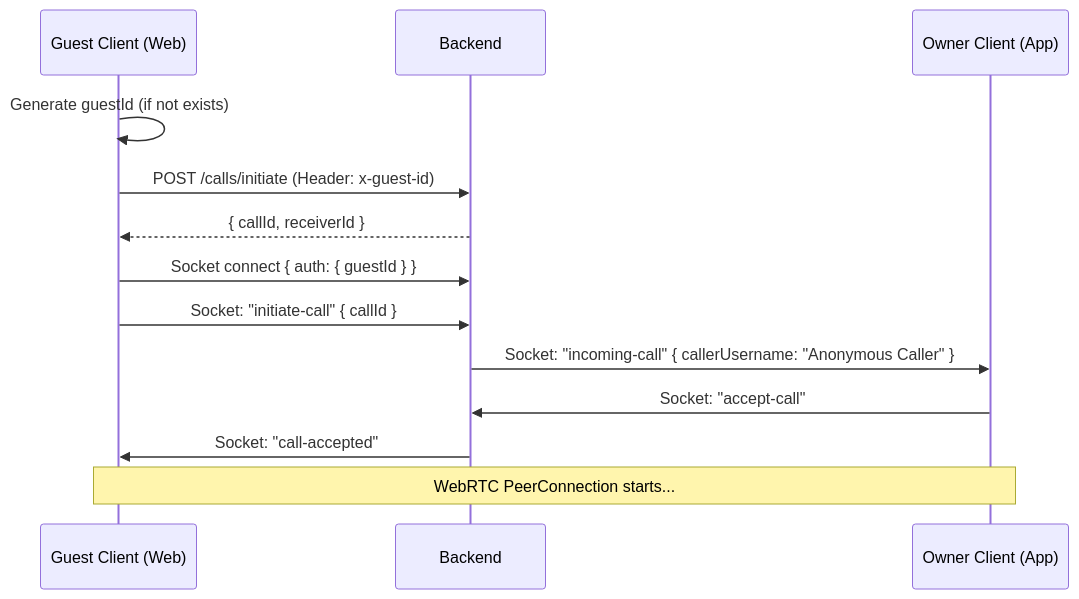
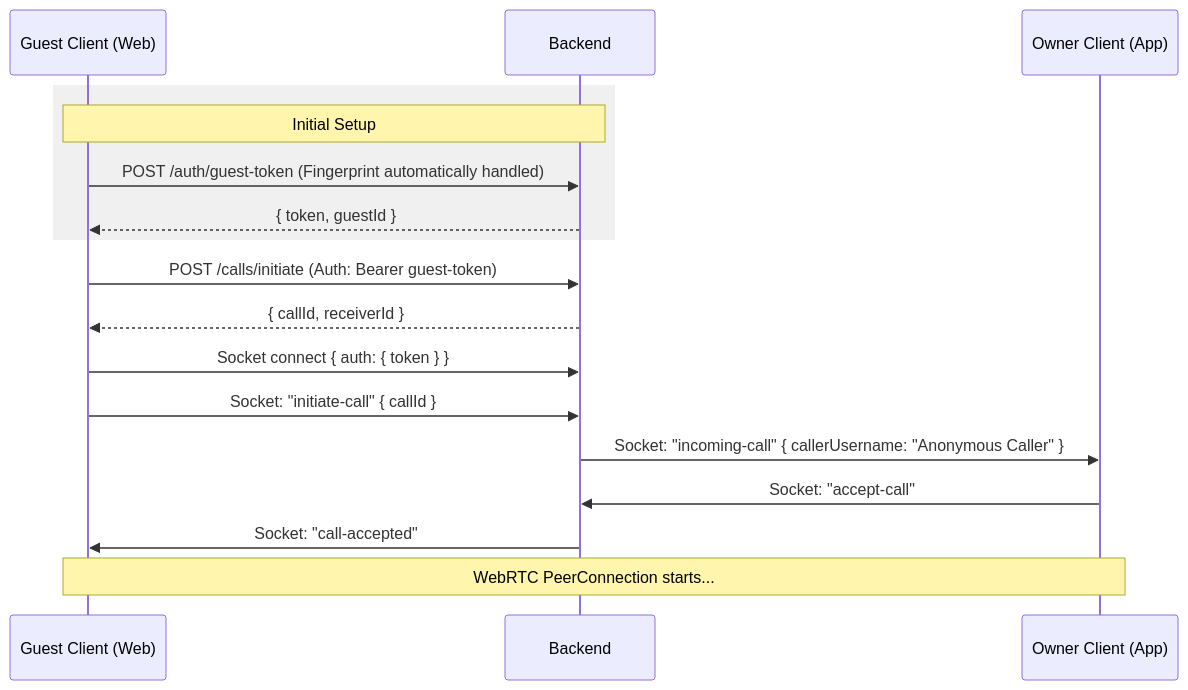
One commit to advikainnovate/callqr-backend changed the diagram in docs/GUEST_FLOW.md. Above: the diagram before and after it, drawn with Mermaid. The commit also changed other lines of this file and 11 other files, not shown here.

````diff
--- a/docs/GUEST_FLOW.md
+++ b/docs/GUEST_FLOW.md
@@ -100,16 +102,23 @@
 ```mermaid
 sequenceDiagram
     participant C as Guest Client (Web)
     participant B as Backend
     participant O as Owner Client (App)
 
-    C->>C: Generate guestId (if not exists)
-    C->>B: POST /calls/initiate (Header: x-guest-id)
+    rect rgb(240, 240, 240)
+    Note over C,B: Initial Setup
+    C->>B: POST /auth/guest-token (Fingerprint automatically handled)
+    B-->>C: { token, guestId }
+    end
+
+    C->>B: POST /calls/initiate (Auth: Bearer guest-token)
     B-->>C: { callId, receiverId }
-    C->>B: Socket connect { auth: { guestId } }
+
+    C->>B: Socket connect { auth: { token } }
     C->>B: Socket: "initiate-call" { callId }
     B->>O: Socket: "incoming-call" { callerUsername: "Anonymous Caller" }
     O->>B: Socket: "accept-call"
     B->>C: Socket: "call-accepted"
+
     Note over C,O: WebRTC PeerConnection starts...
 ```
````
